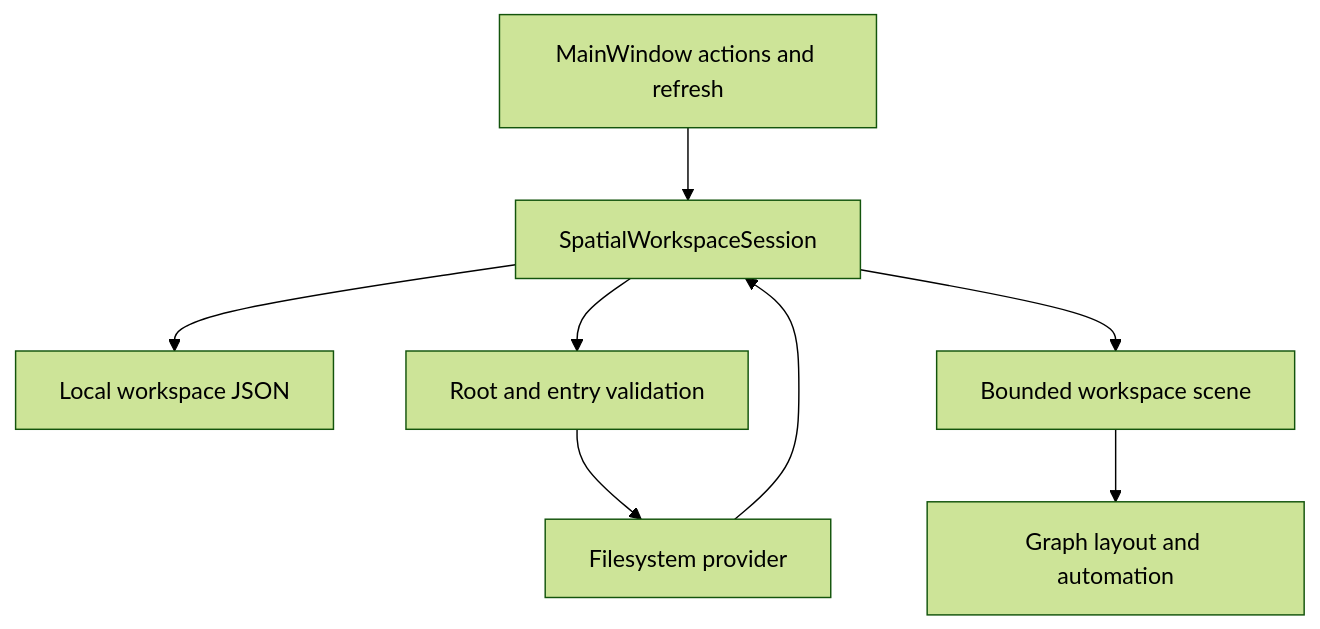
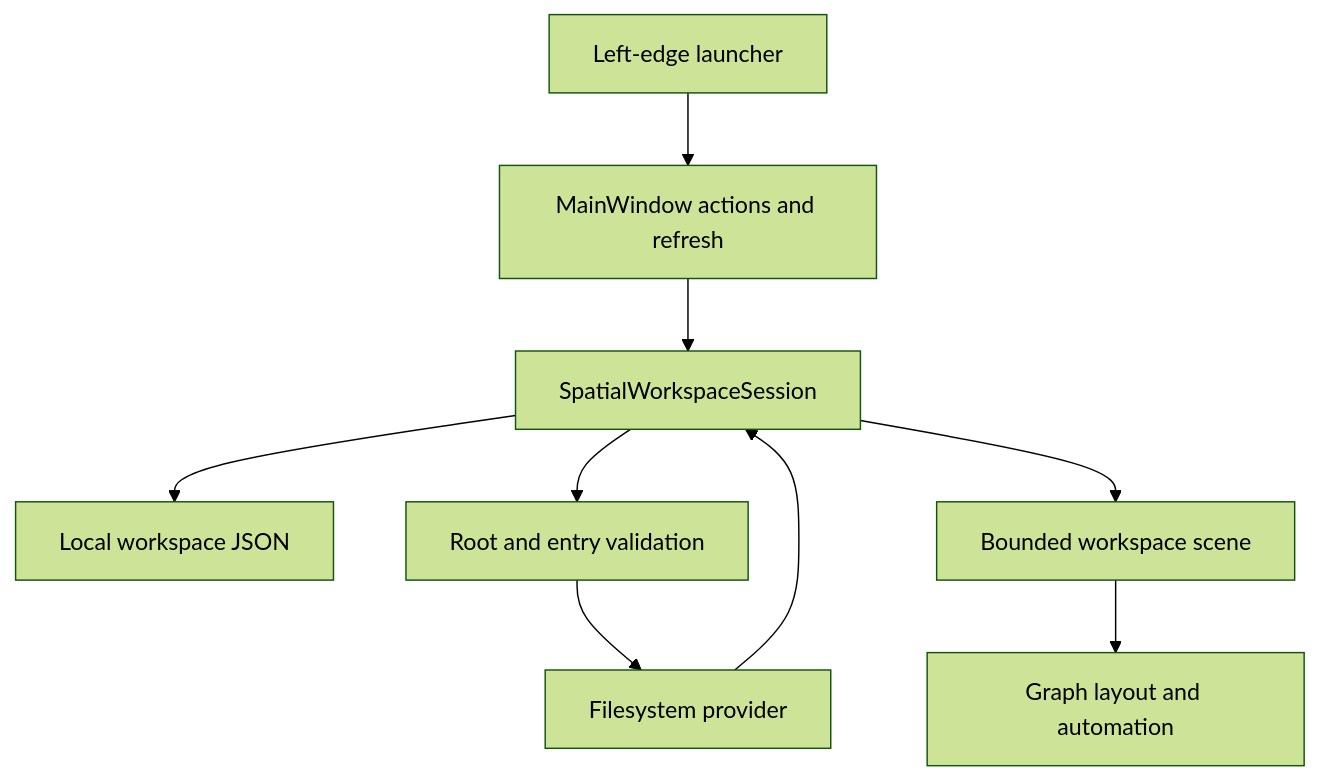
One commit to Dr-Amit-Lal/OmniBrille changed the diagram in docs/architecture.md. Above: the diagram before and after it, drawn with Mermaid (forest theme). The commit also changed other lines of this file and 23 other files, not shown here.

````diff
--- a/docs/architecture.md
+++ b/docs/architecture.md
@@ -18,10 +19,11 @@
 ```mermaid
 flowchart TD
+    Dock["Left-edge launcher"] --> UI
     UI["MainWindow actions and refresh"] --> Session["SpatialWorkspaceSession"]
     Session --> Store["Local workspace JSON"]
     Session --> Guard["Root and entry validation"]
     Guard --> Provider["Filesystem provider"]
     Provider --> Session
     Session --> Scene["Bounded workspace scene"]
     Scene --> Renderer["Graph layout and automation"]
 ```
````
